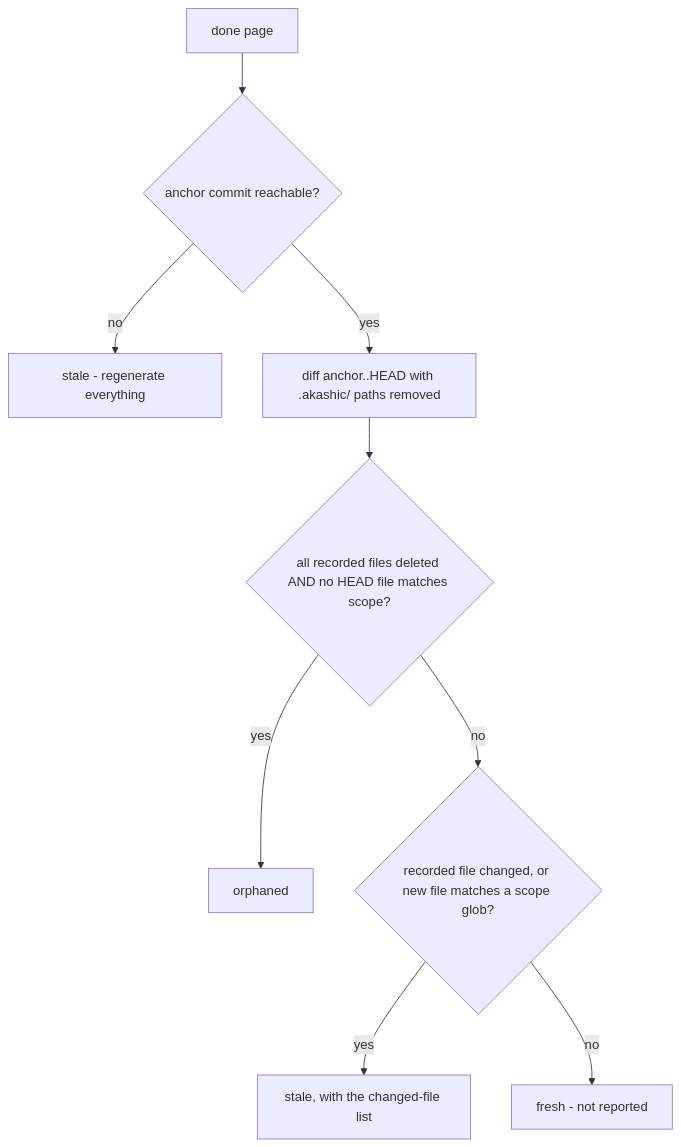
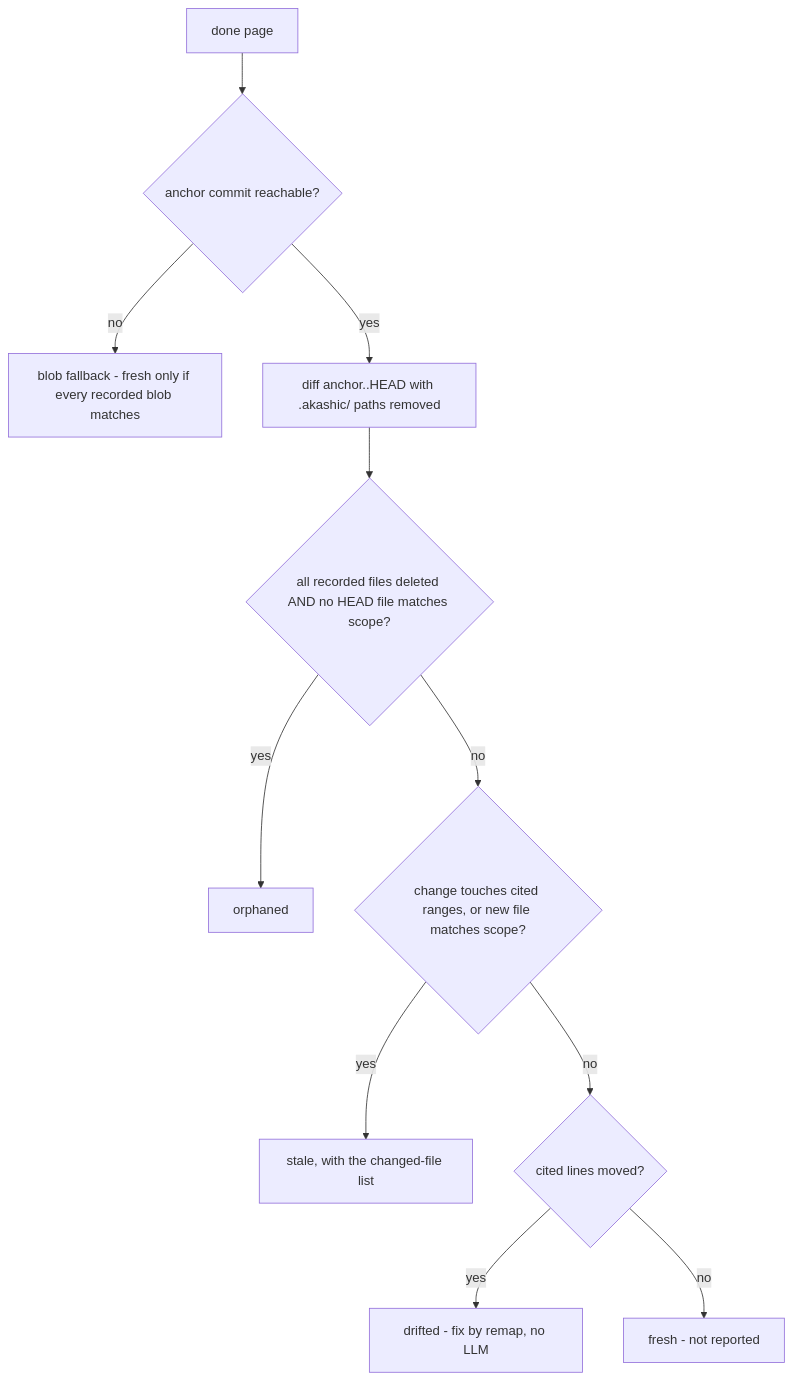
One commit to ARMeeru/akashic-record changed the diagram in .akashic/wiki/deterministic-core.md. Above: the diagram before and after it, drawn with Mermaid. The commit also changed other lines of this file and 3 other files, not shown here.

````diff
--- a/.akashic/wiki/deterministic-core.md
+++ b/.akashic/wiki/deterministic-core.md
@@ -63,11 +63,13 @@
 ```mermaid
 flowchart TD
     P[done page] --> R{anchor commit reachable?}
-    R -- no --> ALL[stale - regenerate everything]
+    R -- no --> FB[blob fallback - fresh only if every recorded blob matches]
     R -- yes --> D[diff anchor..HEAD with .akashic/ paths removed]
     D --> O{all recorded files deleted AND no HEAD file matches scope?}
     O -- yes --> ORPH[orphaned]
-    O -- no --> H{recorded file changed, or new file matches a scope glob?}
+    O -- no --> H{change touches cited ranges, or new file matches scope?}
     H -- yes --> ST[stale, with the changed-file list]
-    H -- no --> F[fresh - not reported]
+    H -- no --> DR{cited lines moved?}
+    DR -- yes --> DRIFT[drifted - fix by remap, no LLM]
+    DR -- no --> F[fresh - not reported]
 ```
````
